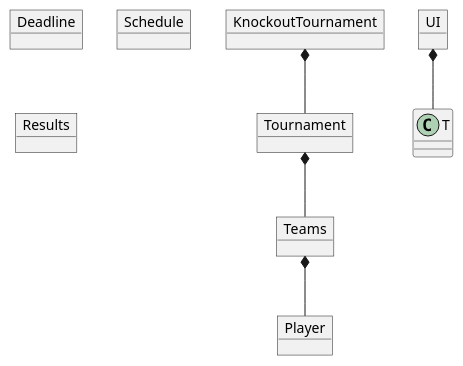
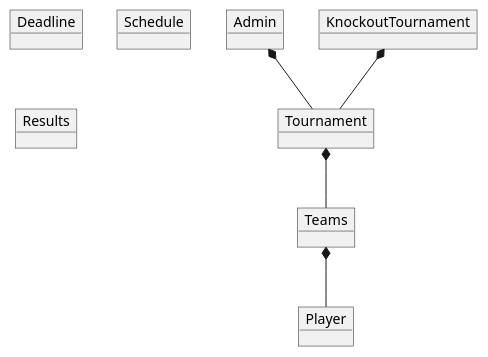
Before and after one commit to SimonLyng/SP3: the diagram in SP3/out/production/SP3/UML/SP3 DomæneModel.puml, drawn with PlantUML. The commit also changed 14 other files, not shown here.

```diff
--- a/SP3/out/production/SP3/UML/SP3 DomæneModel.puml
+++ b/SP3/out/production/SP3/UML/SP3 DomæneModel.puml
@@ -1,19 +1,20 @@
 @startuml
 'https://plantuml.com/class-diagram
 object Player
 object Teams
 object Tournament
 object Deadline
-object UI
+object Admin
 object Schedule
 object Results
 object KnockoutTournament
 
 
 KnockoutTournament*--Tournament
 Teams*--Player
 Tournament*--Teams
-UI*--T
+Admin*--Tournament
+
 
 
 @enduml
```
